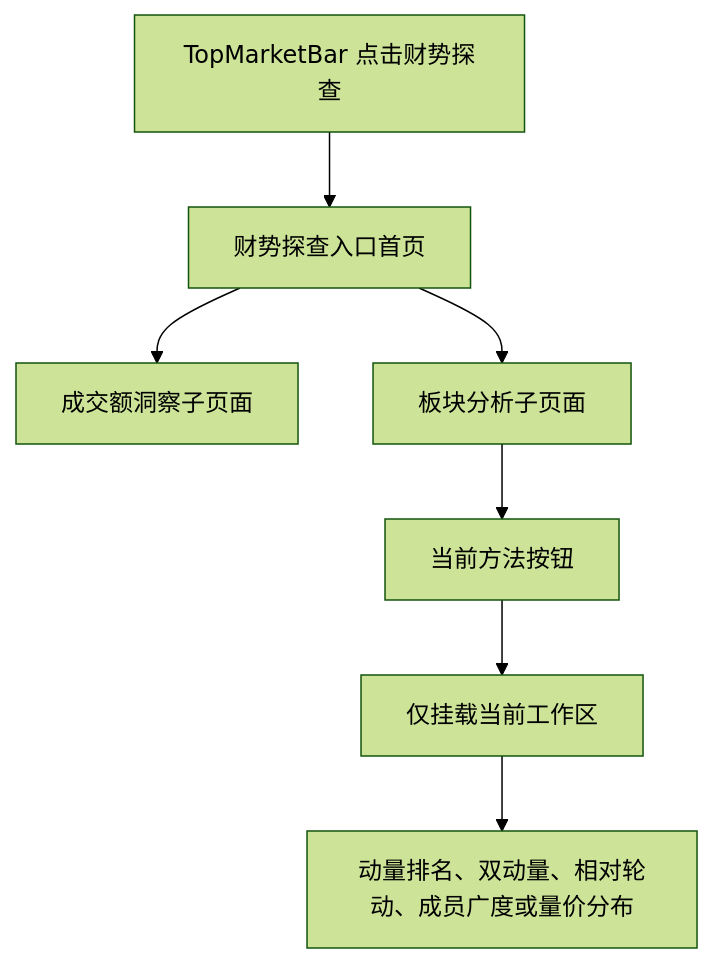
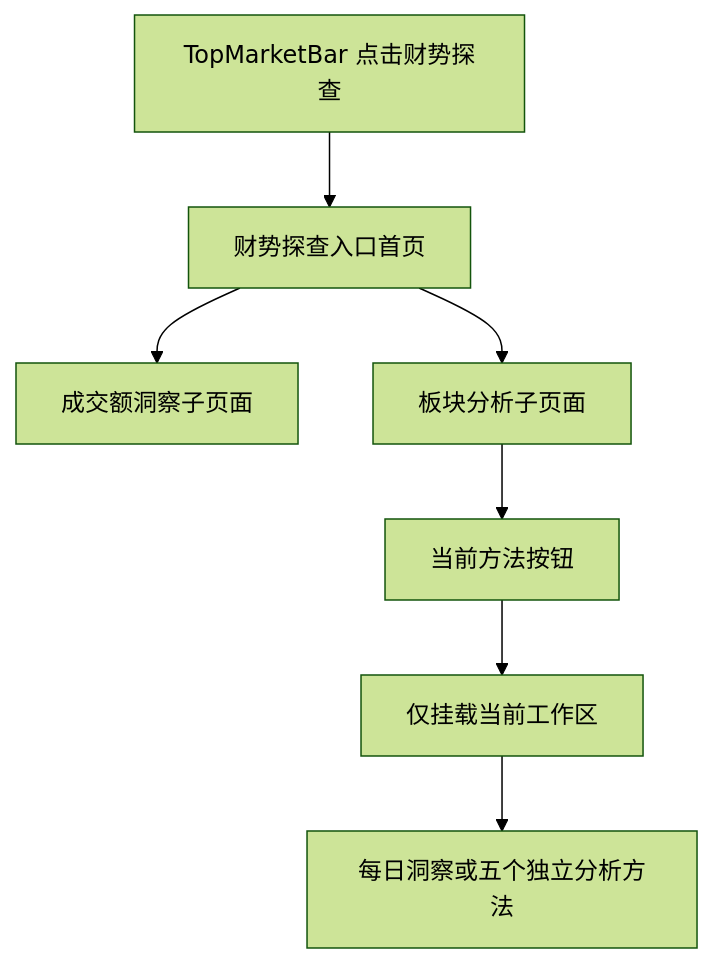
The first of 2 diagrams in wealth/docs/pages/wealth-exploration/sector-analysis-implementation-design-v1.md (chiuser/goldenshare), drawn with Mermaid (forest theme) before and after one commit. The commit also changed other lines of this file and 47 other files, not shown here.

````diff
--- a/wealth/docs/pages/wealth-exploration/sector-analysis-implementation-design-v1.md
+++ b/wealth/docs/pages/wealth-exploration/sector-analysis-implementation-design-v1.md
@@ -360,9 +394,9 @@
 ```mermaid
 flowchart TD
   A["TopMarketBar 点击财势探查"] --> B["财势探查入口首页"]
   B --> C["成交额洞察子页面"]
   B --> D["板块分析子页面"]
   D --> E["当前方法按钮"]
   E --> F["仅挂载当前工作区"]
-  F --> G["动量排名、双动量、相对轮动、成员广度或量价分布"]
+  F --> G["每日洞察或五个独立分析方法"]
 ```
````
